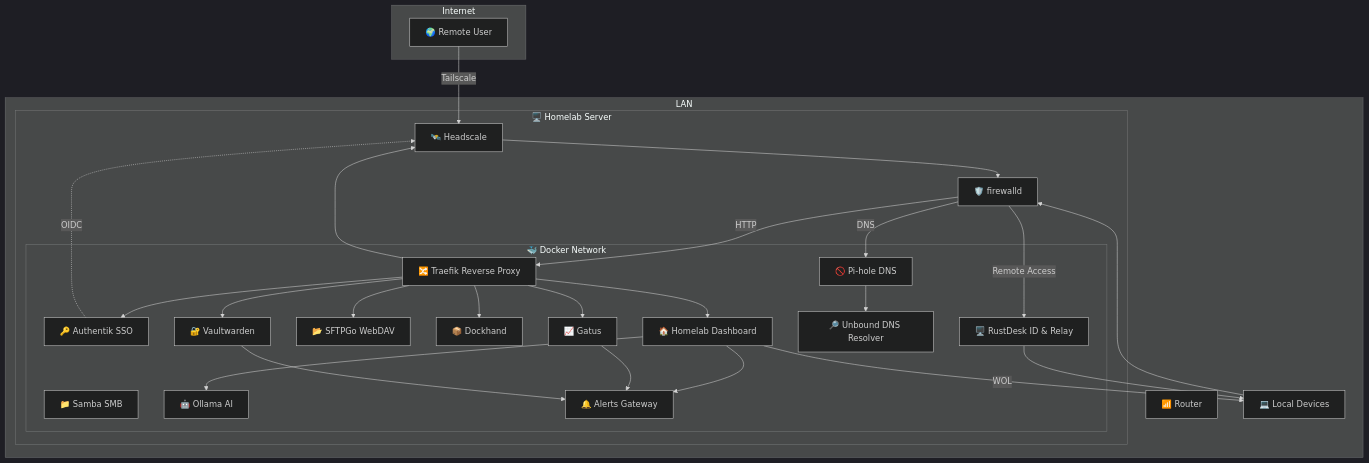
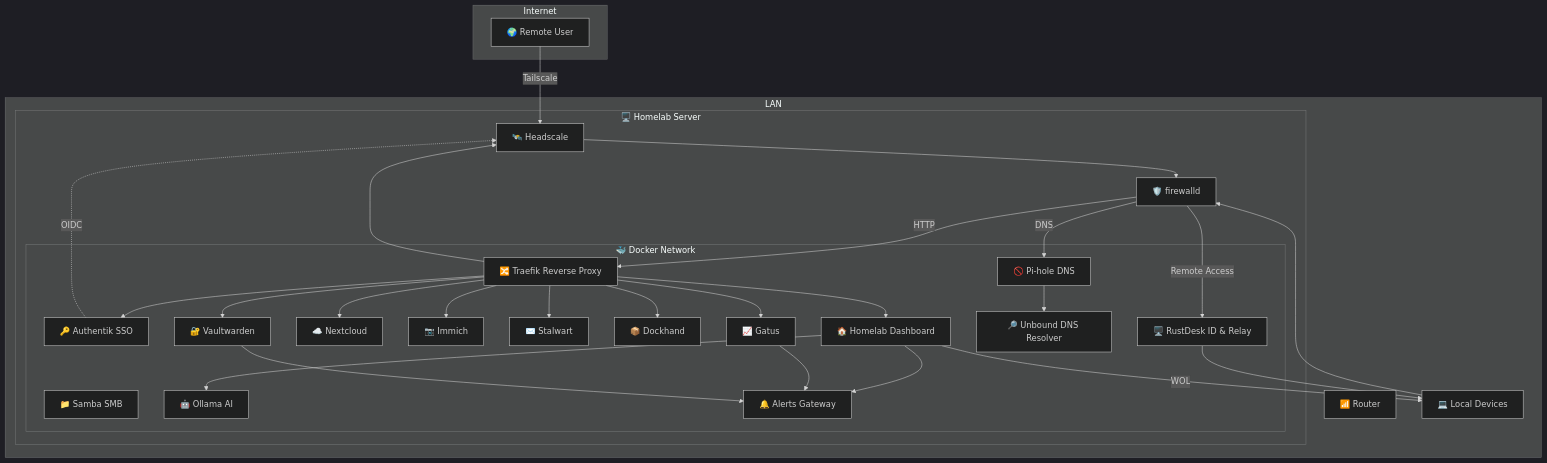
One commit to satsinush/homelab changed the diagram in README.md. Above: the diagram before and after it, drawn with Mermaid. The commit also changed other lines of this file and 67 other files, not shown here.

````diff
--- a/README.md
+++ b/README.md
@@ -50,68 +53,72 @@
 ```mermaid
 %%{init: {
     "theme": "dark"
 }}%%
 graph TD
     %% INTERNET
     subgraph Internet
         RemoteClient[🌍 Remote User]
     end
 
     %% LAN
     subgraph LAN
         Router[📶 Router]
         LocalClient[💻 Local Devices]
 
         subgraph Server[🖥️ Homelab Server]
             Headscale[🛰️ Headscale]
             Firewall[🛡️ firewalld]
 
             subgraph Docker[🐳 Docker Network]
                 Traefik[🔀 Traefik Reverse Proxy]
                 Authentik[🔑 Authentik SSO]
                 Vaultwarden[🔐 Vaultwarden]
                 Samba[📁 Samba SMB]
-                WebDAV[📂 SFTPGo WebDAV]
+                Nextcloud[☁️ Nextcloud]
+                Immich[📷 Immich]
+                Stalwart[✉️ Stalwart]
                 Dockhand[📦 Dockhand]
                 Dashboard[🏠 Homelab Dashboard]
                 Ollama[🤖 Ollama AI]
                 Gatus[📈 Gatus]
                 Alerts[🔔 Alerts Gateway]
                 Pihole[🚫 Pi-hole DNS]
                 Unbound[🔎 Unbound DNS Resolver]
                 Rustdesk[🖥️ RustDesk ID & Relay]
             end
         end
     end
 
     %% Entry chain
     RemoteClient -->|Tailscale| Headscale --> Firewall
     LocalClient --> Firewall
 
     %% DNS chain
     Pihole --> Unbound
     Firewall -->|DNS| Pihole
 
     %% Firewall routes
     Firewall -->|HTTP| Traefik
     Firewall -->|Remote Access| Rustdesk --> LocalClient
 
     %% Proxy/Auth flows
     Traefik --> Authentik
     Traefik --> Vaultwarden
-    Traefik --> WebDAV
+    Traefik --> Nextcloud
+    Traefik --> Immich
+    Traefik --> Stalwart
     Traefik --> Dockhand
     Traefik --> Dashboard
     Traefik --> Gatus
     Traefik --> Headscale
     Authentik -.->|OIDC| Headscale
 
     %% Dashboard flows
     Dashboard --> Ollama
     Dashboard -->|WOL| LocalClient
     Dashboard --> Alerts
 
     %% Notifications
     Gatus --> Alerts
     Vaultwarden --> Alerts
 ```
````
